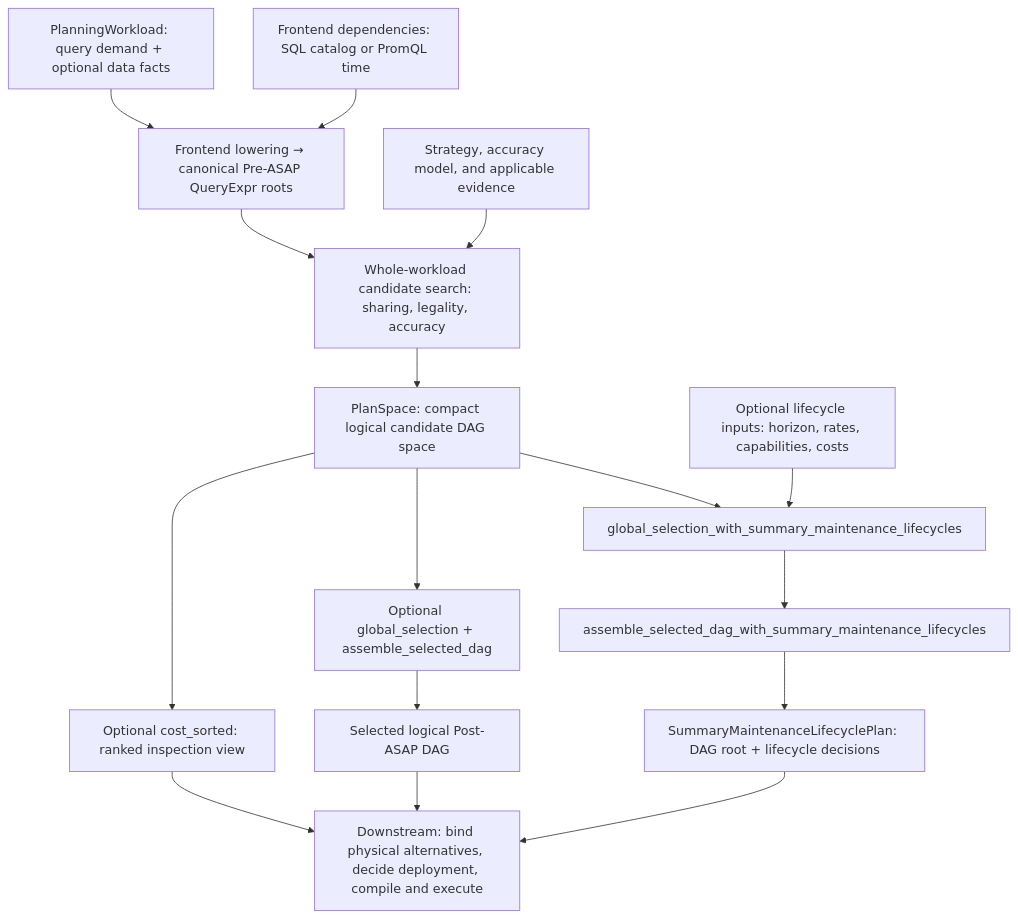
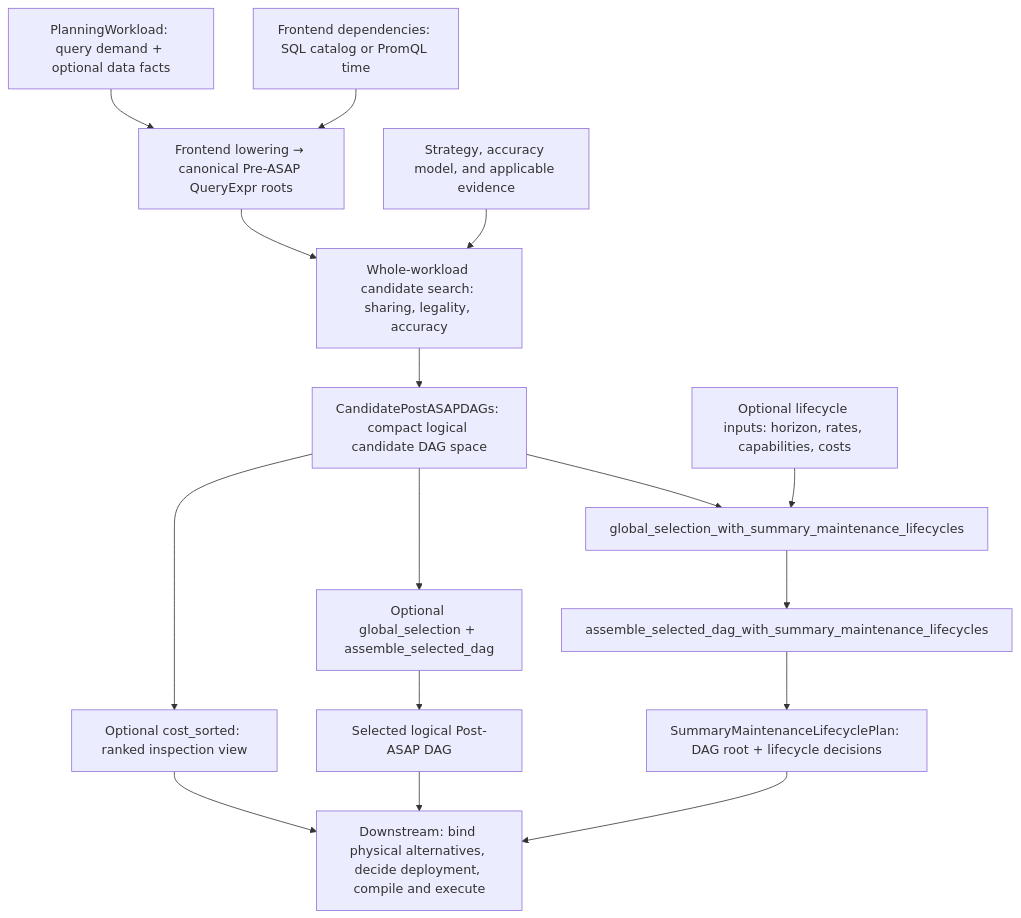
The diagram in docs/design_docs/architecture/README.md (ProjectASAP/ASAPPlanner), drawn with Mermaid before and after one commit. The commit also changed other lines of this file and 35 other files, not shown here.

First line of the commit message:
refactor: rename PlanSpace to CandidatePostASAPDAGs

````diff
--- a/docs/design_docs/architecture/README.md
+++ b/docs/design_docs/architecture/README.md
@@ -15,26 +15,26 @@
 ```mermaid
 flowchart TD
     W["PlanningWorkload: query demand + optional data facts"]
     F["Frontend dependencies: SQL catalog or PromQL time"]
     E["Strategy, accuracy model, and applicable evidence"]
     PRE["Frontend lowering → canonical Pre-ASAP QueryExpr roots"]
     SEARCH["Whole-workload candidate search: sharing, legality, accuracy"]
-    SPACE["PlanSpace: compact logical candidate DAG space"]
+    SPACE["CandidatePostASAPDAGs: compact logical candidate DAG space"]
     RANK["Optional cost_sorted: ranked inspection view"]
     SELECT["Optional global_selection + assemble_selected_dag"]
     DAG["Selected logical Post-ASAP DAG"]
     LINPUT["Optional lifecycle inputs: horizon, rates, capabilities, costs"]
     LIFE["global_selection_with_summary_maintenance_lifecycles"]
     LMAT["assemble_selected_dag_with_summary_maintenance_lifecycles"]
     LPLAN["SummaryMaintenanceLifecyclePlan: DAG root + lifecycle decisions"]
     BACKEND["Downstream: bind physical alternatives, decide deployment, compile and execute"]
     W --> PRE
     F --> PRE
     PRE --> SEARCH
     E --> SEARCH
     SEARCH --> SPACE
     SPACE --> RANK --> BACKEND
     SPACE --> SELECT --> DAG --> BACKEND
     SPACE --> LIFE
     LINPUT --> LIFE --> LMAT --> LPLAN --> BACKEND
 ```
````
